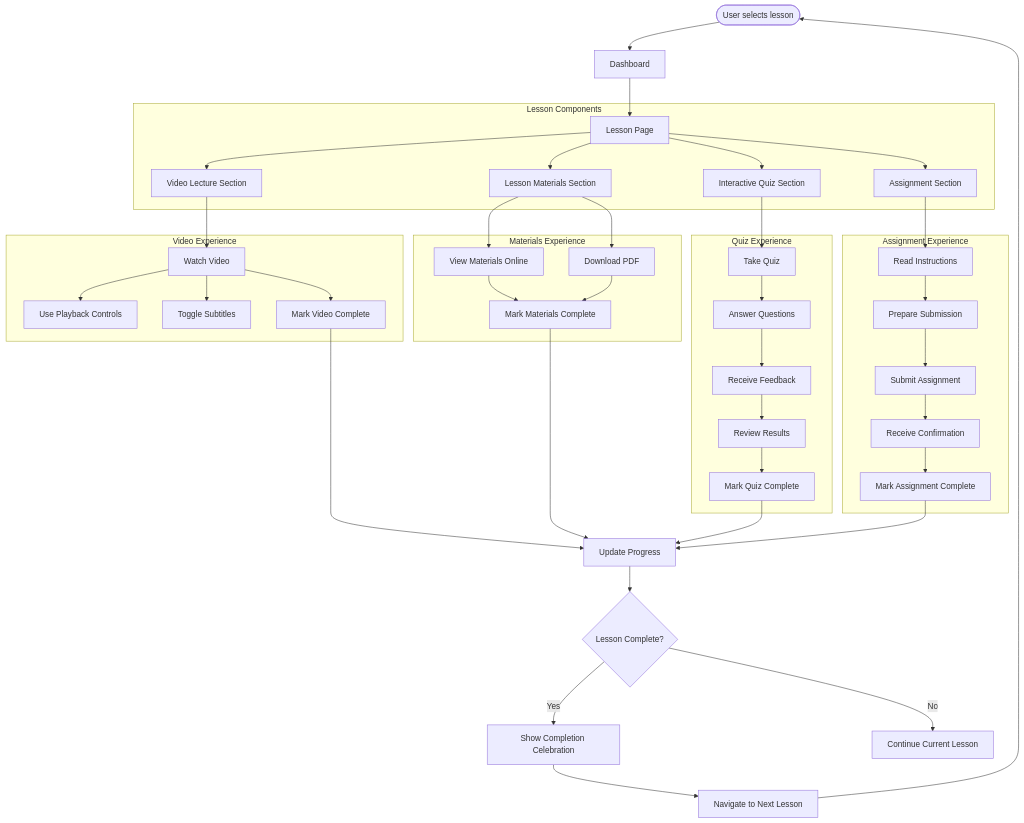
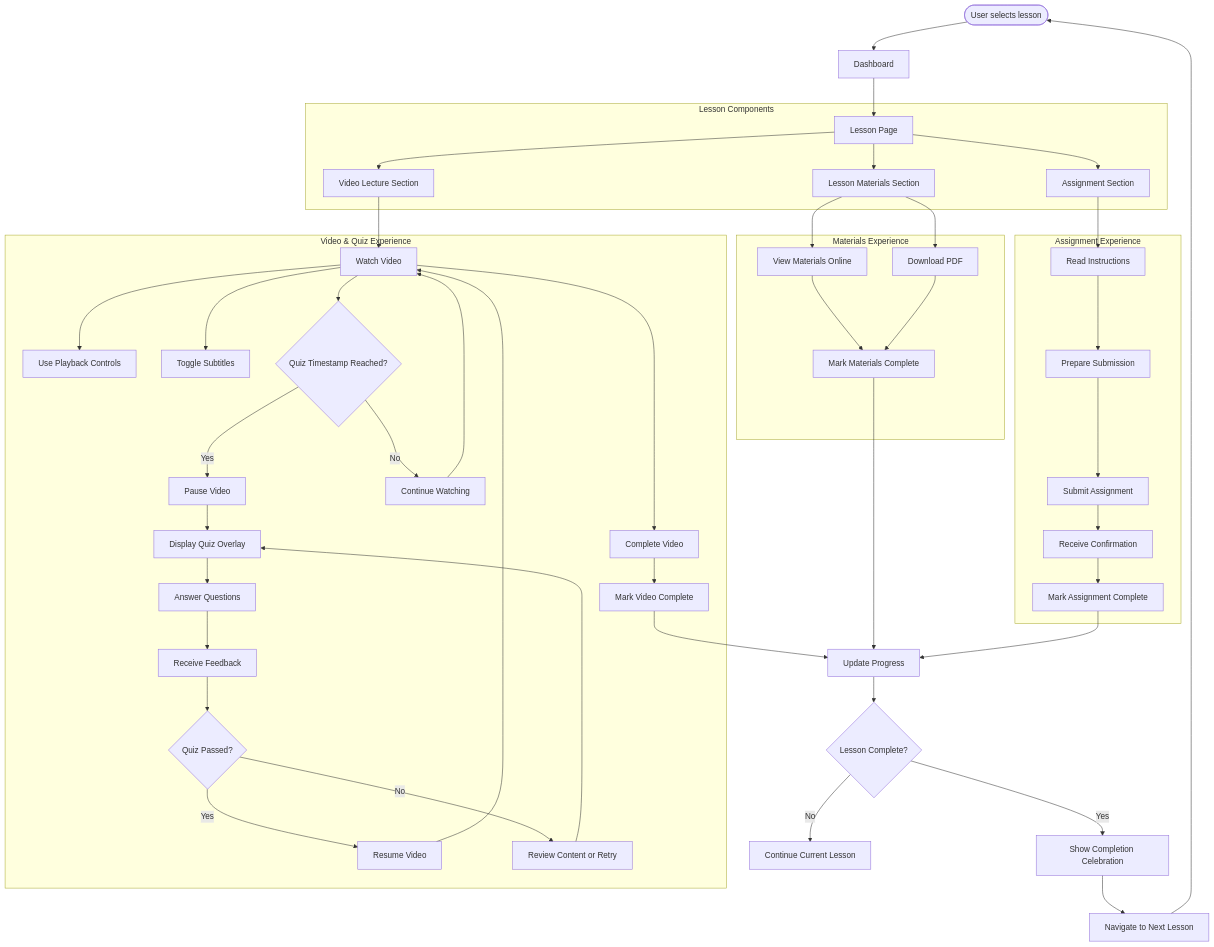
One commit to tridungbk2010/efis-userstories changed the diagram in epic8-lesson-experience/README.md. Above: the diagram before and after it, drawn with Mermaid. The commit also changed other lines of this file and 9 other files, not shown here.

````diff
--- a/epic8-lesson-experience/README.md
+++ b/epic8-lesson-experience/README.md
@@ -32,63 +32,69 @@
 ```mermaid
 flowchart TD
     %% Main flow
     Start([User selects lesson]) --> Dashboard[Dashboard]
     Dashboard --> LessonPage[Lesson Page]
 
     %% Lesson components
     subgraph "Lesson Components"
         LessonPage --> VideoSection[Video Lecture Section]
         LessonPage --> MaterialsSection[Lesson Materials Section]
-        LessonPage --> QuizSection[Interactive Quiz Section]
         LessonPage --> AssignmentSection[Assignment Section]
     end
 
-    %% Video interactions
-    subgraph "Video Experience"
+    %% Video and quiz experience
+    subgraph "Video & Quiz Experience"
         VideoSection --> WatchVideo[Watch Video]
         WatchVideo --> Controls[Use Playback Controls]
         WatchVideo --> Subtitles[Toggle Subtitles]
-        WatchVideo --> VideoComplete[Mark Video Complete]
+
+        WatchVideo --> QuizPoint{Quiz Timestamp Reached?}
+        QuizPoint -- Yes --> PauseVideo[Pause Video]
+        PauseVideo --> ShowQuiz[Display Quiz Overlay]
+        ShowQuiz --> AnswerQuestions[Answer Questions]
+        AnswerQuestions --> Feedback[Receive Feedback]
+
+        Feedback --> QuizPassed{Quiz Passed?}
+        QuizPassed -- Yes --> ResumeVideo[Resume Video]
+        QuizPassed -- No --> ReviewContent[Review Content or Retry]
+        ReviewContent --> ShowQuiz
+
+        ResumeVideo --> WatchVideo
+        QuizPoint -- No --> ContinueVideo[Continue Watching]
+        ContinueVideo --> WatchVideo
+
+        WatchVideo --> VideoComplete[Complete Video]
+        VideoComplete --> MarkVideoComplete[Mark Video Complete]
     end
 
     %% Materials interactions
     subgraph "Materials Experience"
         MaterialsSection --> ViewMaterials[View Materials Online]
         MaterialsSection --> DownloadPDF[Download PDF]
         ViewMaterials --> MaterialsComplete[Mark Materials Complete]
         DownloadPDF --> MaterialsComplete
-    end
-
-    %% Quiz interactions
-    subgraph "Quiz Experience"
-        QuizSection --> TakeQuiz[Take Quiz]
-        TakeQuiz --> AnswerQuestions[Answer Questions]
-        AnswerQuestions --> Feedback[Receive Feedback]
-        Feedback --> QuizResults[Review Results]
-        QuizResults --> QuizComplete[Mark Quiz Complete]
     end
 
     %% Assignment interactions
     subgraph "Assignment Experience"
         AssignmentSection --> ReadInstructions[Read Instructions]
         ReadInstructions --> PrepareSubmission[Prepare Submission]
         PrepareSubmission --> SubmitAssignment[Submit Assignment]
         SubmitAssignment --> ConfirmSubmission[Receive Confirmation]
         ConfirmSubmission --> AssignmentComplete[Mark Assignment Complete]
     end
 
     %% Progress tracking
-    VideoComplete --> UpdateProgress[Update Progress]
+    MarkVideoComplete --> UpdateProgress[Update Progress]
     MaterialsComplete --> UpdateProgress
-    QuizComplete --> UpdateProgress
     AssignmentComplete --> UpdateProgress
 
     %% Completion and navigation
     UpdateProgress --> LessonComplete{Lesson Complete?}
     LessonComplete -- Yes --> Celebration[Show Completion Celebration]
     Celebration --> NextLesson[Navigate to Next Lesson]
     LessonComplete -- No --> ContinueLesson[Continue Current Lesson]
 
     %% Next lesson
     NextLesson --> Start
 ```
````
